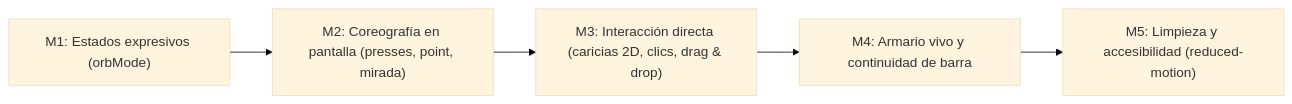
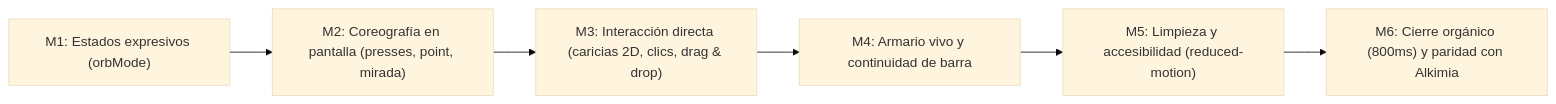
The diagram in PLAN.md (IvanDuart/sif-web), drawn with Mermaid (base theme) before and after one commit. The commit also changed other lines of this file and 77 other files, not shown here.

````diff
--- a/PLAN.md
+++ b/PLAN.md
@@ -26,7 +26,8 @@
 ```mermaid
 flowchart LR
   M1["M1: Estados expresivos (orbMode)"] --> M2["M2: Coreografía en pantalla (presses, point, mirada)"]
   M2 --> M3["M3: Interacción directa (caricias 2D, clics, drag & drop)"]
   M3 --> M4["M4: Armario vivo y continuidad de barra"]
   M4 --> M5["M5: Limpieza y accesibilidad (reduced-motion)"]
+  M5 --> M6["M6: Cierre orgánico (800ms) y paridad con Alkimia"]
 ```
````
